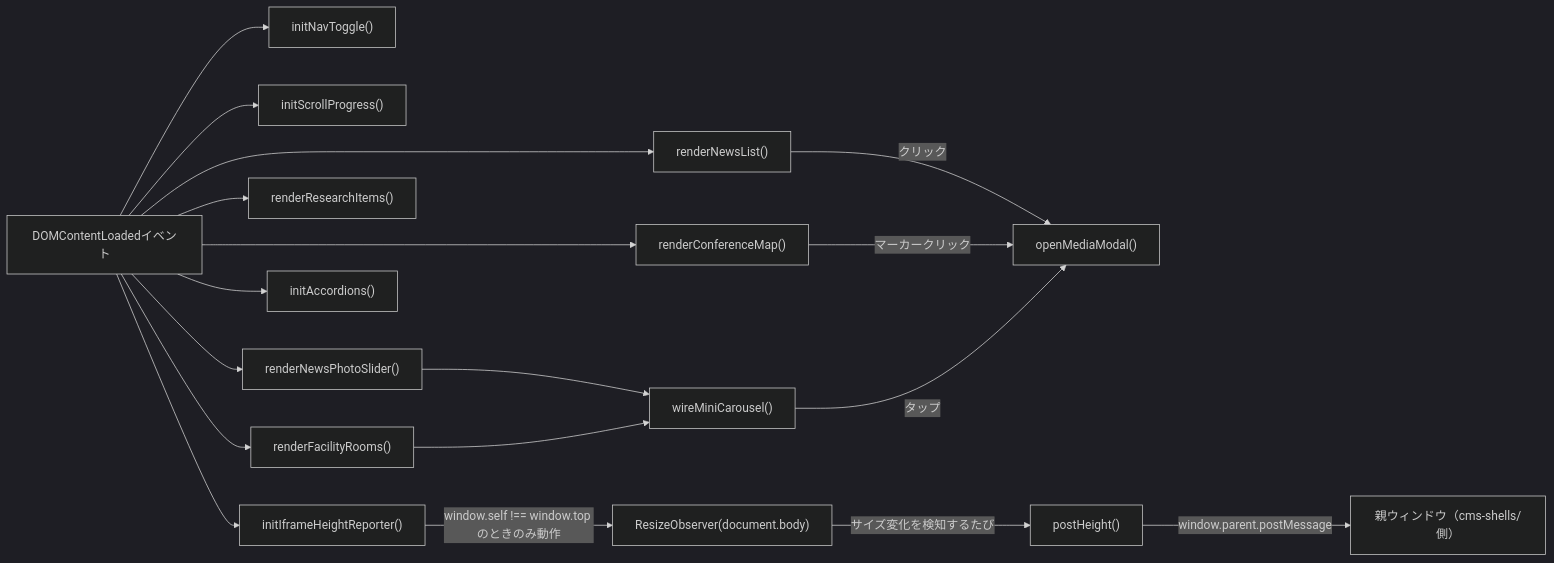
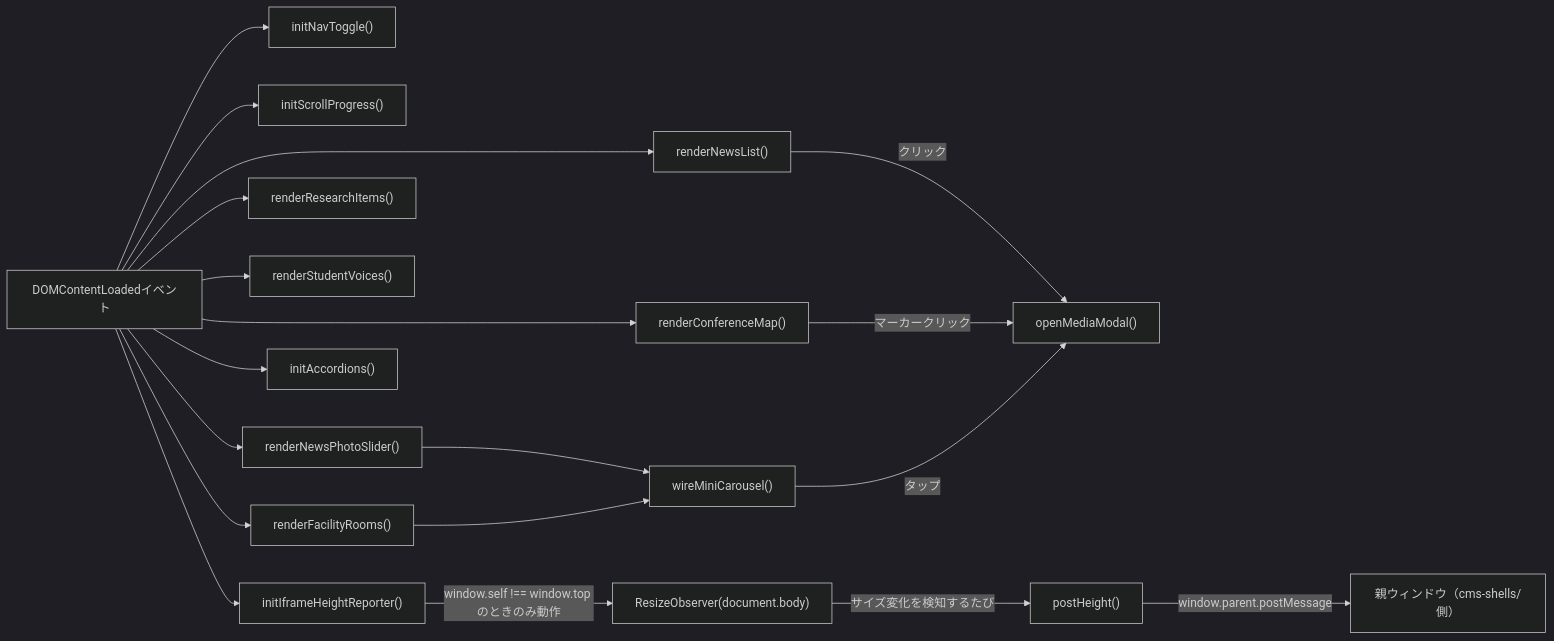
One commit to yryo1005/SIT-AIRD-Center-Homepage changed the second of 2 diagrams in document.md. Above: the diagram before and after it, drawn with Mermaid (dark theme). The commit also changed other lines of this file and 16 other files, not shown here.

````diff
--- a/document.md
+++ b/document.md
@@ -76,22 +81,23 @@
 ```mermaid
 flowchart LR
     DCL["DOMContentLoadedイベント"] --> NAV["initNavToggle()"]
     DCL --> SCROLL["initScrollProgress()"]
     DCL --> NEWS["renderNewsList()"]
     DCL --> SLIDER["renderNewsPhotoSlider()"]
     DCL --> RESEARCH["renderResearchItems()"]
+    DCL --> VOICES["renderStudentVoices()"]
     DCL --> MAP["renderConferenceMap()"]
     DCL --> ROOMS["renderFacilityRooms()"]
     DCL --> ACC["initAccordions()"]
     DCL --> RESIZE["initIframeHeightReporter()"]
 
     NEWS -->|"クリック"| MODAL["openMediaModal()"]
     MAP -->|"マーカークリック"| MODAL
     SLIDER --> MINI["wireMiniCarousel()"]
     ROOMS --> MINI
     MINI -->|"タップ"| MODAL
 
     RESIZE -->|"window.self !== window.top のときのみ動作"| OBS["ResizeObserver(document.body)"]
     OBS -->|"サイズ変化を検知するたび"| POST["postHeight()"]
     POST -->|"window.parent.postMessage"| PARENT["親ウィンドウ（cms-shells/側）"]
 ```
````
